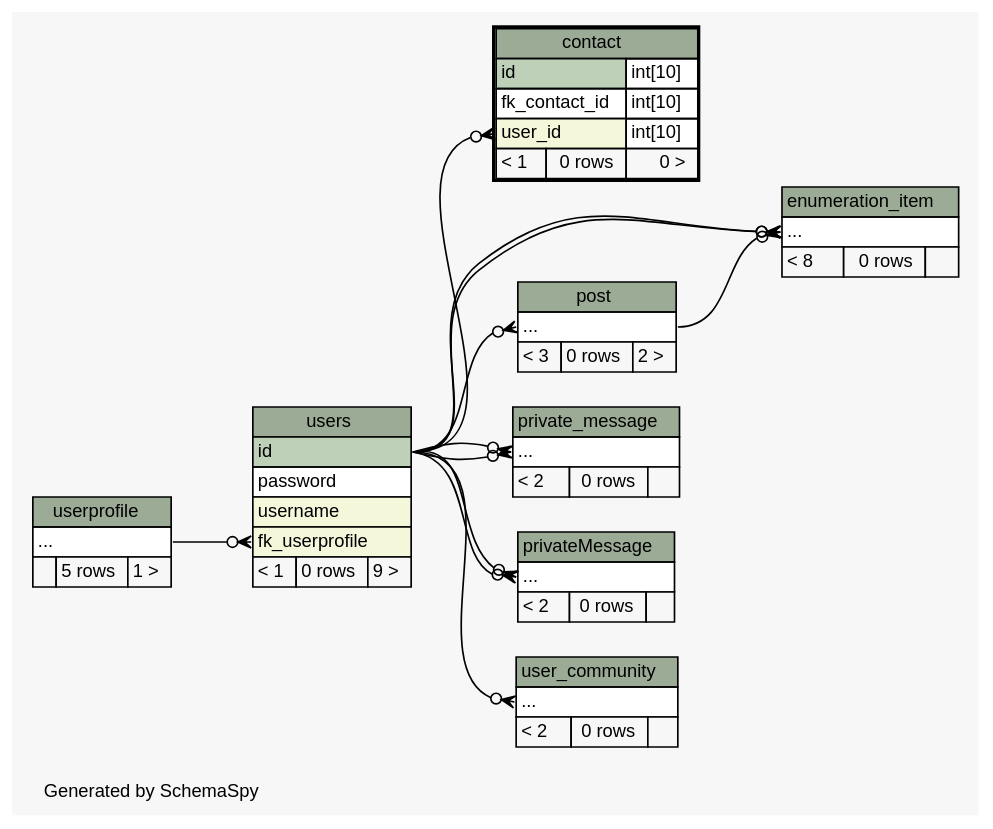
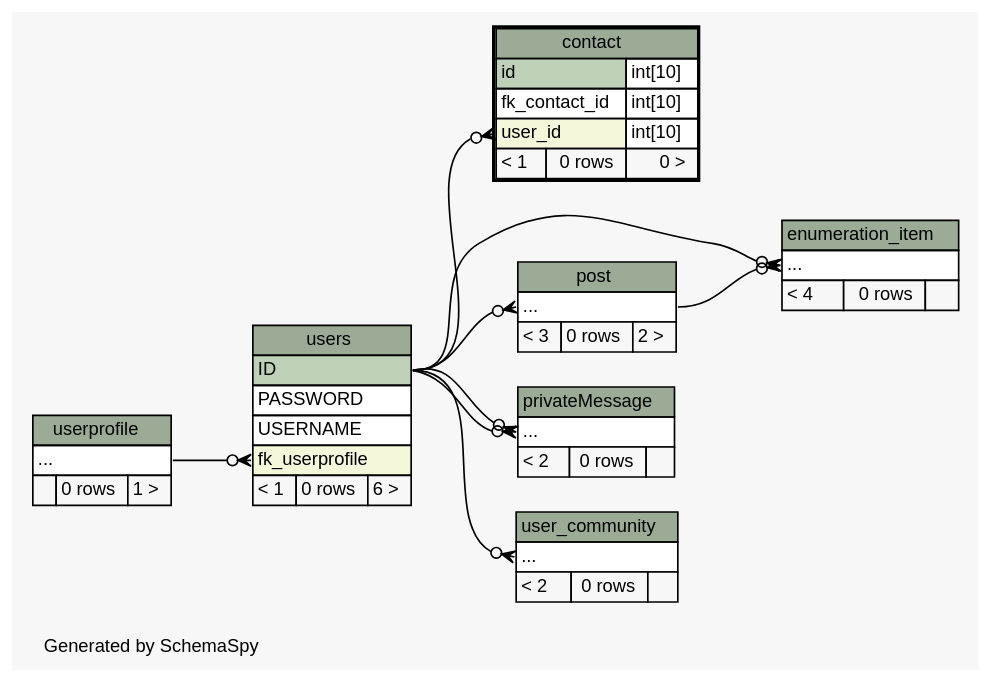
The diagram in doc/db_schema/diagrams/contact.2degrees.dot (chr-krenn/chr-krenn-fhj-ws2017-sd17-pse), drawn with Graphviz before and after one commit. The commit also changed 63 other files, not shown here.

Commit message:
update database schema documentation

```diff
--- a/doc/db_schema/diagrams/contact.2degrees.dot
+++ b/doc/db_schema/diagrams/contact.2degrees.dot
@@ -1,118 +1,105 @@
 // dot 2.40.1 on Linux 4.12.5-300.fc26.x86_64
 // SchemaSpy rev 590
 digraph "twoDegreesRelationshipsDiagram" {
   graph [
     rankdir="RL"
     bgcolor="#f7f7f7"
     label="\nGenerated by SchemaSpy"
     labeljust="l"
     nodesep="0.18"
     ranksep="0.46"
     fontname="Helvetica"
     fontsize="11"
   ];
   node [
     fontname="Helvetica"
     fontsize="11"
     shape="plaintext"
   ];
   edge [
     arrowsize="0.8"
   ];
-  "contact":"user_id":w -> "users":"id":e [arrowhead=none dir=back arrowtail=crowodot];
-  "enumeration_item":"elipses":w -> "users":"id":e [arrowhead=none dir=back arrowtail=crowodot];
+  "contact":"user_id":w -> "users":"ID":e [arrowhead=none dir=back arrowtail=crowodot];
   "enumeration_item":"elipses":w -> "post":"elipses":e [arrowhead=none dir=back arrowtail=crowodot];
-  "enumeration_item":"elipses":w -> "users":"id":e [arrowhead=none dir=back arrowtail=crowodot];
-  "post":"elipses":w -> "users":"id":e [arrowhead=none dir=back arrowtail=crowodot];
-  "private_message":"elipses":w -> "users":"id":e [arrowhead=none dir=back arrowtail=crowodot];
-  "private_message":"elipses":w -> "users":"id":e [arrowhead=none dir=back arrowtail=crowodot];
-  "privateMessage":"elipses":w -> "users":"id":e [arrowhead=none dir=back arrowtail=crowodot];
-  "privateMessage":"elipses":w -> "users":"id":e [arrowhead=none dir=back arrowtail=crowodot];
-  "user_community":"elipses":w -> "users":"id":e [arrowhead=none dir=back arrowtail=crowodot];
+  "enumeration_item":"elipses":w -> "users":"ID":e [arrowhead=none dir=back arrowtail=crowodot];
+  "post":"elipses":w -> "users":"ID":e [arrowhead=none dir=back arrowtail=crowodot];
+  "privateMessage":"elipses":w -> "users":"ID":e [arrowhead=none dir=back arrowtail=crowodot];
+  "privateMessage":"elipses":w -> "users":"ID":e [arrowhead=none dir=back arrowtail=crowodot];
+  "user_community":"elipses":w -> "users":"ID":e [arrowhead=none dir=back arrowtail=crowodot];
   "users":"fk_userprofile":w -> "userprofile":"elipses":e [arrowhead=none dir=back arrowtail=crowodot];
   "contact" [
     label=<
     <TABLE BORDER="2" CELLBORDER="1" CELLSPACING="0" BGCOLOR="#ffffff">
       <TR><TD COLSPAN="3" BGCOLOR="#9bab96" ALIGN="CENTER">contact</TD></TR>
       <TR><TD PORT="id" COLSPAN="2" BGCOLOR="#bed1b8" ALIGN="LEFT">id</TD><TD PORT="id.type" ALIGN="LEFT">int[10]</TD></TR>
       <TR><TD PORT="fk_contact_id" COLSPAN="2" ALIGN="LEFT">fk_contact_id</TD><TD PORT="fk_contact_id.type" ALIGN="LEFT">int[10]</TD></TR>
       <TR><TD PORT="user_id" COLSPAN="2" BGCOLOR="#f4f7da" ALIGN="LEFT">user_id</TD><TD PORT="user_id.type" ALIGN="LEFT">int[10]</TD></TR>
       <TR><TD ALIGN="LEFT" BGCOLOR="#f7f7f7">&lt; 1</TD><TD ALIGN="RIGHT" BGCOLOR="#f7f7f7">0 rows</TD><TD ALIGN="RIGHT" BGCOLOR="#f7f7f7">0 &gt;</TD></TR>
     </TABLE>>
     URL="contact.html"
     tooltip="contact"
   ];
   "enumeration_item" [
     label=<
     <TABLE BORDER="0" CELLBORDER="1" CELLSPACING="0" BGCOLOR="#ffffff">
       <TR><TD COLSPAN="3" BGCOLOR="#9bab96" ALIGN="CENTER">enumeration_item</TD></TR>
       <TR><TD PORT="elipses" COLSPAN="3" ALIGN="LEFT">...</TD></TR>
-      <TR><TD ALIGN="LEFT" BGCOLOR="#f7f7f7">&lt; 8</TD><TD ALIGN="RIGHT" BGCOLOR="#f7f7f7">0 rows</TD><TD ALIGN="RIGHT" BGCOLOR="#f7f7f7">  </TD></TR>
+      <TR><TD ALIGN="LEFT" BGCOLOR="#f7f7f7">&lt; 4</TD><TD ALIGN="RIGHT" BGCOLOR="#f7f7f7">0 rows</TD><TD ALIGN="RIGHT" BGCOLOR="#f7f7f7">  </TD></TR>
     </TABLE>>
     URL="enumeration_item.html"
     tooltip="enumeration_item"
   ];
   "post" [
     label=<
     <TABLE BORDER="0" CELLBORDER="1" CELLSPACING="0" BGCOLOR="#ffffff">
       <TR><TD COLSPAN="3" BGCOLOR="#9bab96" ALIGN="CENTER">post</TD></TR>
       <TR><TD PORT="elipses" COLSPAN="3" ALIGN="LEFT">...</TD></TR>
       <TR><TD ALIGN="LEFT" BGCOLOR="#f7f7f7">&lt; 3</TD><TD ALIGN="RIGHT" BGCOLOR="#f7f7f7">0 rows</TD><TD ALIGN="RIGHT" BGCOLOR="#f7f7f7">2 &gt;</TD></TR>
     </TABLE>>
     URL="post.html"
     tooltip="post"
-  ];
-  "private_message" [
-    label=<
-    <TABLE BORDER="0" CELLBORDER="1" CELLSPACING="0" BGCOLOR="#ffffff">
-      <TR><TD COLSPAN="3" BGCOLOR="#9bab96" ALIGN="CENTER">private_message</TD></TR>
-      <TR><TD PORT="elipses" COLSPAN="3" ALIGN="LEFT">...</TD></TR>
-      <TR><TD ALIGN="LEFT" BGCOLOR="#f7f7f7">&lt; 2</TD><TD ALIGN="RIGHT" BGCOLOR="#f7f7f7">0 rows</TD><TD ALIGN="RIGHT" BGCOLOR="#f7f7f7">  </TD></TR>
-    </TABLE>>
-    URL="private_message.html"
-    tooltip="private_message"
   ];
   "privateMessage" [
     label=<
     <TABLE BORDER="0" CELLBORDER="1" CELLSPACING="0" BGCOLOR="#ffffff">
       <TR><TD COLSPAN="3" BGCOLOR="#9bab96" ALIGN="CENTER">privateMessage</TD></TR>
       <TR><TD PORT="elipses" COLSPAN="3" ALIGN="LEFT">...</TD></TR>
       <TR><TD ALIGN="LEFT" BGCOLOR="#f7f7f7">&lt; 2</TD><TD ALIGN="RIGHT" BGCOLOR="#f7f7f7">0 rows</TD><TD ALIGN="RIGHT" BGCOLOR="#f7f7f7">  </TD></TR>
     </TABLE>>
     URL="privateMessage.html"
     tooltip="privateMessage"
   ];
   "user_community" [
     label=<
     <TABLE BORDER="0" CELLBORDER="1" CELLSPACING="0" BGCOLOR="#ffffff">
       <TR><TD COLSPAN="3" BGCOLOR="#9bab96" ALIGN="CENTER">user_community</TD></TR>
       <TR><TD PORT="elipses" COLSPAN="3" ALIGN="LEFT">...</TD></TR>
       <TR><TD ALIGN="LEFT" BGCOLOR="#f7f7f7">&lt; 2</TD><TD ALIGN="RIGHT" BGCOLOR="#f7f7f7">0 rows</TD><TD ALIGN="RIGHT" BGCOLOR="#f7f7f7">  </TD></TR>
     </TABLE>>
     URL="user_community.html"
     tooltip="user_community"
   ];
   "userprofile" [
     label=<
     <TABLE BORDER="0" CELLBORDER="1" CELLSPACING="0" BGCOLOR="#ffffff">
       <TR><TD COLSPAN="3" BGCOLOR="#9bab96" ALIGN="CENTER">userprofile</TD></TR>
       <TR><TD PORT="elipses" COLSPAN="3" ALIGN="LEFT">...</TD></TR>
-      <TR><TD ALIGN="LEFT" BGCOLOR="#f7f7f7">  </TD><TD ALIGN="RIGHT" BGCOLOR="#f7f7f7">5 rows</TD><TD ALIGN="RIGHT" BGCOLOR="#f7f7f7">1 &gt;</TD></TR>
+      <TR><TD ALIGN="LEFT" BGCOLOR="#f7f7f7">  </TD><TD ALIGN="RIGHT" BGCOLOR="#f7f7f7">0 rows</TD><TD ALIGN="RIGHT" BGCOLOR="#f7f7f7">1 &gt;</TD></TR>
     </TABLE>>
     URL="userprofile.html"
     tooltip="userprofile"
   ];
   "users" [
     label=<
     <TABLE BORDER="0" CELLBORDER="1" CELLSPACING="0" BGCOLOR="#ffffff">
       <TR><TD COLSPAN="3" BGCOLOR="#9bab96" ALIGN="CENTER">users</TD></TR>
-      <TR><TD PORT="id" COLSPAN="3" BGCOLOR="#bed1b8" ALIGN="LEFT">id</TD></TR>
-      <TR><TD PORT="password" COLSPAN="3" ALIGN="LEFT">password</TD></TR>
-      <TR><TD PORT="username" COLSPAN="3" BGCOLOR="#f4f7da" ALIGN="LEFT">username</TD></TR>
+      <TR><TD PORT="ID" COLSPAN="3" BGCOLOR="#bed1b8" ALIGN="LEFT">ID</TD></TR>
+      <TR><TD PORT="PASSWORD" COLSPAN="3" ALIGN="LEFT">PASSWORD</TD></TR>
+      <TR><TD PORT="USERNAME" COLSPAN="3" ALIGN="LEFT">USERNAME</TD></TR>
       <TR><TD PORT="fk_userprofile" COLSPAN="3" BGCOLOR="#f4f7da" ALIGN="LEFT">fk_userprofile</TD></TR>
-      <TR><TD ALIGN="LEFT" BGCOLOR="#f7f7f7">&lt; 1</TD><TD ALIGN="RIGHT" BGCOLOR="#f7f7f7">0 rows</TD><TD ALIGN="RIGHT" BGCOLOR="#f7f7f7">9 &gt;</TD></TR>
+      <TR><TD ALIGN="LEFT" BGCOLOR="#f7f7f7">&lt; 1</TD><TD ALIGN="RIGHT" BGCOLOR="#f7f7f7">0 rows</TD><TD ALIGN="RIGHT" BGCOLOR="#f7f7f7">6 &gt;</TD></TR>
     </TABLE>>
     URL="users.html"
     tooltip="users"
   ];
 }
```
